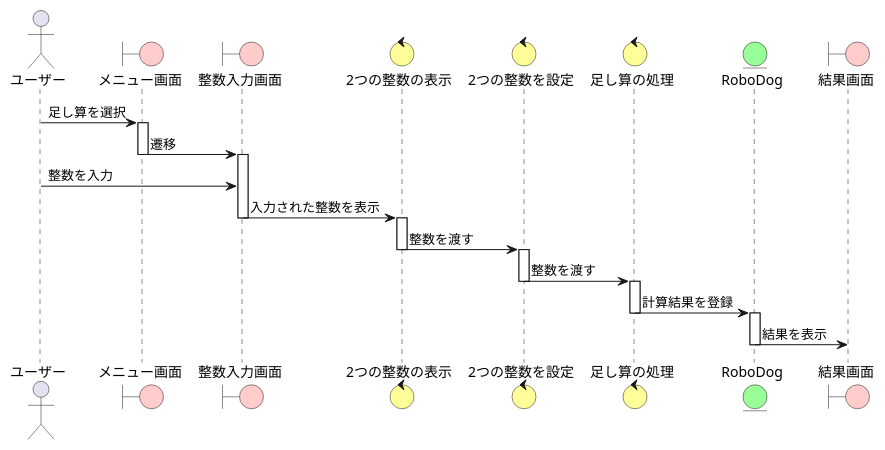
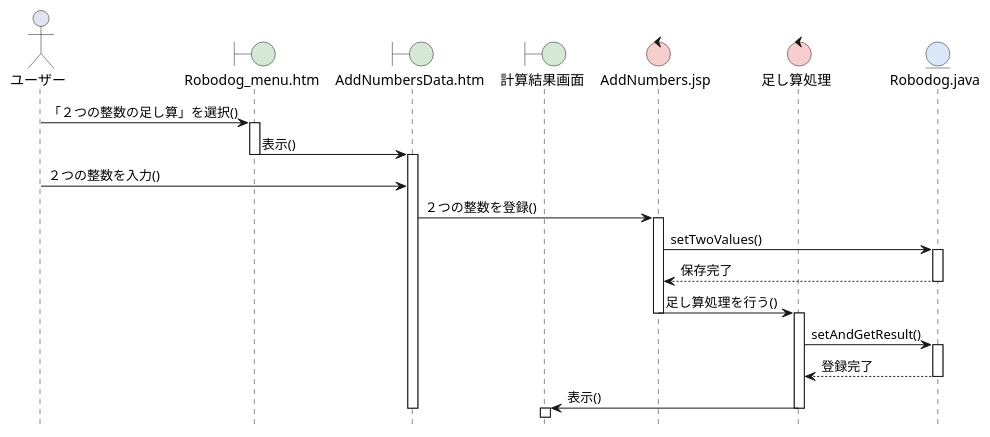
Before and after one commit to tagamiren/ohara_uml: the diagram in 06_robo_dog/sequence_03_addition.pu, drawn with PlantUML. The commit also changed 2 other files, not shown here.

```diff
--- a/06_robo_dog/sequence_03_addition.pu
+++ b/06_robo_dog/sequence_03_addition.pu
@@ -1,37 +1,44 @@
-@startuml
-actor ユーザー
-boundary メニュー画面 #FFCCCC
-boundary 整数入力画面 #FFCCCC
-control 2つの整数の表示 #FFFF99
-control 2つの整数を設定 #FFFF99
-control 足し算の処理 #FFFF99
-entity RoboDog #99FF99
-boundary 結果画面 #FFCCCC
-
-ユーザー -> メニュー画面 : 足し算を選択
-activate メニュー画面
-メニュー画面 -> 整数入力画面 : 遷移
-deactivate メニュー画面
-
-activate 整数入力画面
-ユーザー -> 整数入力画面 : 整数を入力
-整数入力画面 -> 2つの整数の表示 : 入力された整数を表示
-deactivate 整数入力画面
-
-activate 2つの整数の表示
-2つの整数の表示 -> 2つの整数を設定 : 整数を渡す
-deactivate 2つの整数の表示
-
-activate 2つの整数を設定
-2つの整数を設定 -> 足し算の処理 : 整数を渡す
-deactivate 2つの整数を設定
-
-activate 足し算の処理
-足し算の処理 -> RoboDog : 計算結果を登録
-deactivate 足し算の処理
-
-activate RoboDog
-RoboDog -> 結果画面 : 結果を表示
-deactivate RoboDog
-
+@startuml RoboDog-２つの整数の足し算シーケンス図
+hide footbox
+skinparam boundaryBackgroundColor #D5E8D4
+skinparam controlBackgroundColor  #F8CECC
+skinparam entityBackgroundColor   #DAE8FC
+ 
+actor ユーザー as A
+boundary "Robodog_menu.htm" as B1
+boundary "AddNumbersData.htm" as B2
+boundary 計算結果画面 as B3
+control "AddNumbers.jsp" as C1
+control 足し算処理 as C2
+entity "Robodog.java" as E
+ 
+A -> B1: 「２つの整数の足し算」を選択()
+activate B1
+ 
+B1 -> B2: 表示()
+deactivate B1
+activate B2
+ 
+A -> B2: ２つの整数を入力()
+ 
+B2 -> C1: ２つの整数を登録()
+activate C1
+C1 -> E: setTwoValues()
+activate E
+E --> C1: 保存完了
+deactivate E
+ 
+C1 -> C2: 足し算処理を行う()
+deactivate C1
+activate C2
+C2 -> E: setAndGetResult()
+activate E
+E --> C2: 登録完了
+deactivate E
+ 
+C2 -> B3: 表示()
+deactivate C2
+deactivate B2
+activate B3
+ 
 @enduml
```
